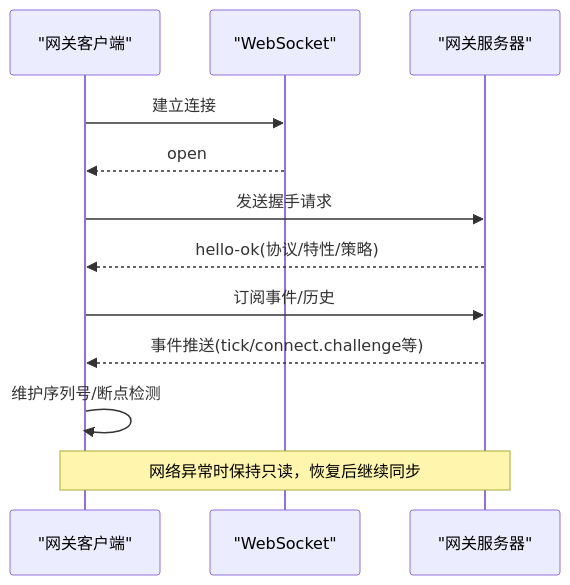
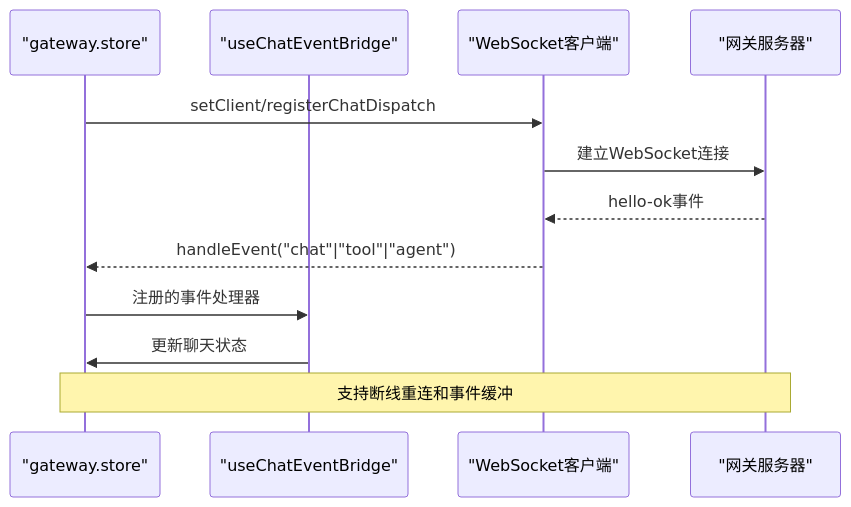
One commit to verse-ai-org/openclaw changed the eighth of 9 diagrams in .qoder/repowiki/zh/content/Web界面/WebChat界面.md. Above: the diagram before and after it, drawn with Mermaid. The commit also changed other lines of this file and 19 other files, not shown here.

````diff
--- a/.qoder/repowiki/zh/content/Web界面/WebChat界面.md
+++ b/.qoder/repowiki/zh/content/Web界面/WebChat界面.md
@@ -320,14 +390,14 @@
 ```mermaid
 sequenceDiagram
-participant Client as "网关客户端"
-participant WS as "WebSocket"
-participant Server as "网关服务器"
-Client->>WS : 建立连接
-WS-->>Client : open
-Client->>Server : 发送握手请求
-Server-->>Client : hello-ok(协议/特性/策略)
-Client->>Server : 订阅事件/历史
-Server-->>Client : 事件推送(tick/connect.challenge等)
-Client->>Client : 维护序列号/断点检测
-Note over Client,Server : 网络异常时保持只读，恢复后继续同步
+participant Store as "gateway.store"
+participant Bridge as "useChatEventBridge"
+participant Client as "WebSocket客户端"
+participant Gateway as "网关服务器"
+Store->>Client : setClient/registerChatDispatch
+Client->>Gateway : 建立WebSocket连接
+Gateway-->>Client : hello-ok事件
+Client-->>Store : handleEvent("chat"|"tool"|"agent")
+Store->>Bridge : 注册的事件处理器
+Bridge->>Store : 更新聊天状态
+Note over Store,Gateway : 支持断线重连和事件缓冲
 ```
````
